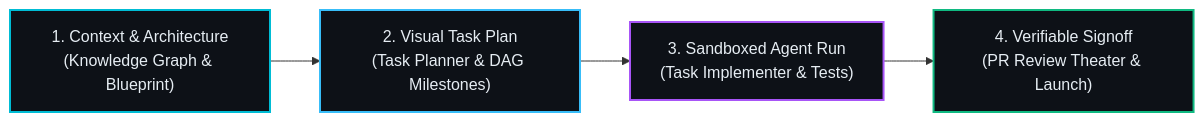
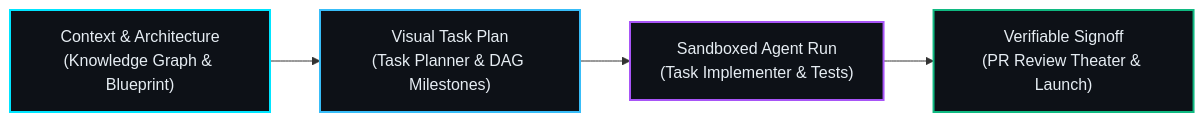
One commit to nddipiazza/robos changed the diagram in docs/training.md. Above: the diagram before and after it, drawn with Mermaid. The commit also changed other lines of this file and 9 other files, not shown here.

Commit message:
feat(docs): eliminate count listings, elevate non-developer training quality and add Review Theater architecture diagram

````diff
--- a/docs/training.md
+++ b/docs/training.md
@@ -74,11 +74,11 @@
 ```mermaid
 flowchart LR
-    A["1. Context & Architecture<br/>(Knowledge Graph & Blueprint)"] --> B["2. Visual Task Plan<br/>(Task Planner & DAG Milestones)"]
-    B --> C["3. Sandboxed Agent Run<br/>(Task Implementer & Tests)"]
-    C --> D["4. Verifiable Signoff<br/>(PR Review Theater & Launch)"]
+    A["Context & Architecture<br/>(Knowledge Graph & Blueprint)"] --> B["Visual Task Plan<br/>(Task Planner & DAG Milestones)"]
+    B --> C["Sandboxed Agent Run<br/>(Task Implementer & Tests)"]
+    C --> D["Verifiable Signoff<br/>(PR Review Theater & Launch)"]
     
-    style A fill:#0d1117,stroke:#00bcd4,stroke-width:2px,color:#e6edf3
+    style A fill:#0d1117,stroke:#00e5ff,stroke-width:2px,color:#e6edf3
     style B fill:#0d1117,stroke:#38bdf8,stroke-width:2px,color:#e6edf3
     style C fill:#0d1117,stroke:#a855f7,stroke-width:2px,color:#e6edf3
     style D fill:#0d1117,stroke:#10b981,stroke-width:2px,color:#e6edf3
 ```
````
